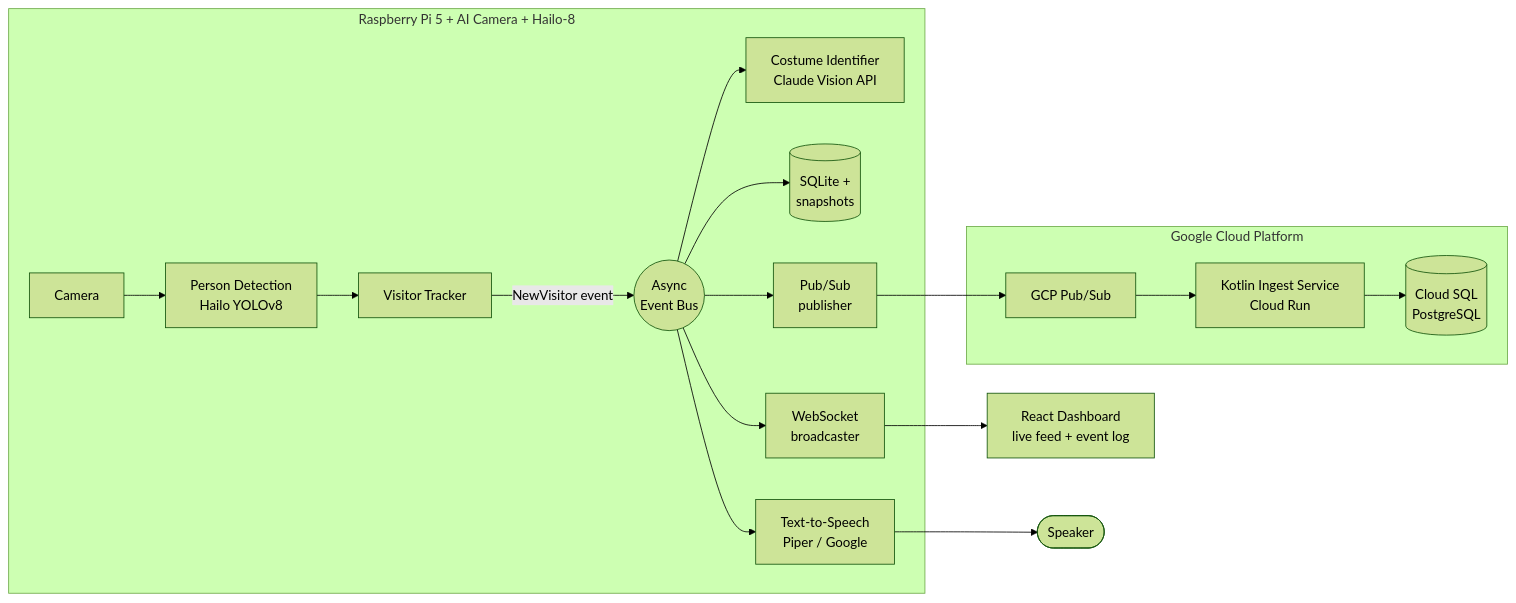
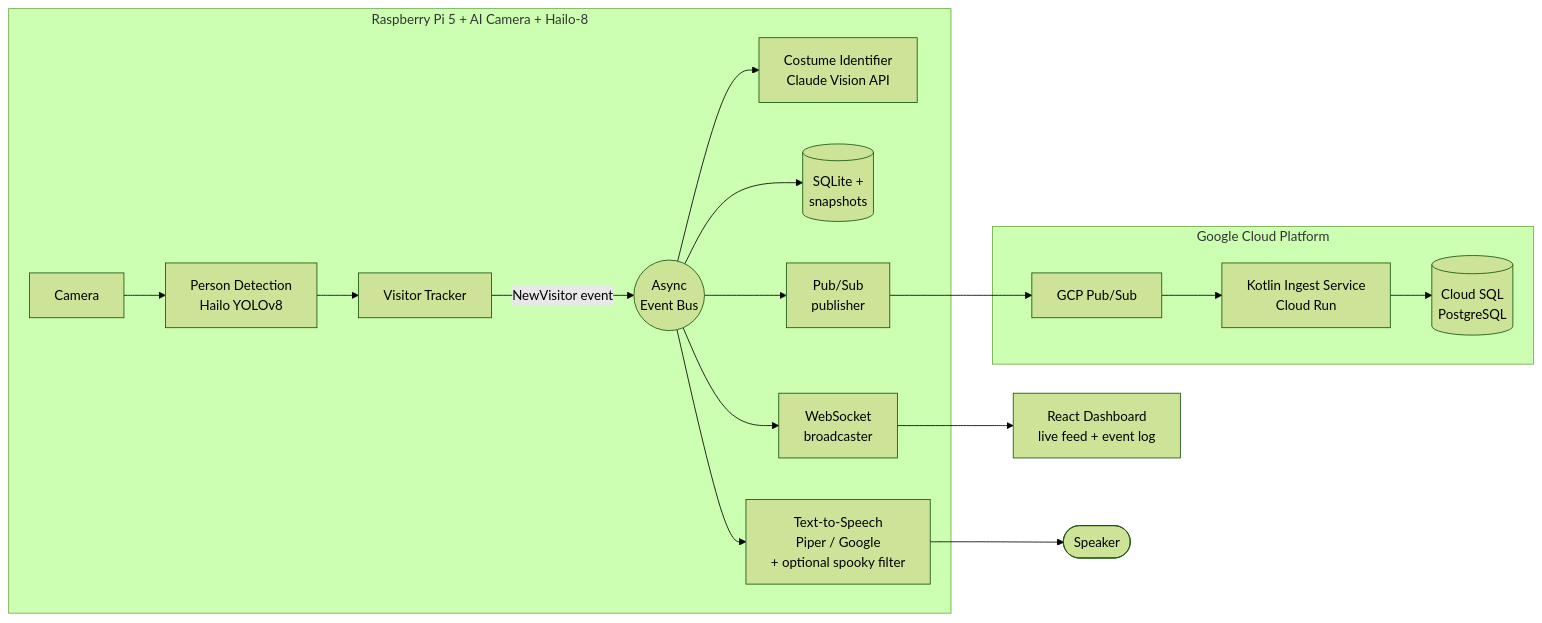
The diagram in README.md (rwaggoner/pi-costume-spotter), drawn with Mermaid (forest theme) before and after one commit. The commit also changed other lines of this file and 1 other file, not shown here.

First line of the commit message:
docs: refresh architecture + README for this session's design changes

````diff
--- a/README.md
+++ b/README.md
@@ -33,20 +35,20 @@
 ```mermaid
 flowchart LR
     subgraph Pi["Raspberry Pi 5 + AI Camera + Hailo-8"]
         CAM[Camera] --> DET[Person Detection<br/>Hailo YOLOv8]
         DET --> TRK[Visitor Tracker]
         TRK -- NewVisitor event --> BUS((Async<br/>Event Bus))
         BUS --> ID[Costume Identifier<br/>Claude Vision API]
         BUS --> DB[(SQLite +<br/>snapshots)]
-        BUS --> TTS[Text-to-Speech<br/>Piper / Google]
+        BUS --> TTS[Text-to-Speech<br/>Piper / Google<br/>+ optional spooky filter]
         BUS --> WS[WebSocket<br/>broadcaster]
         BUS --> PUB[Pub/Sub<br/>publisher]
     end
     WS --> UI[React Dashboard<br/>live feed + event log]
     TTS --> SPK([Speaker])
     PUB --> GCP_PS[GCP Pub/Sub]
     subgraph GCP["Google Cloud Platform"]
         GCP_PS --> RUN[Kotlin Ingest Service<br/>Cloud Run]
         RUN --> SQL[(Cloud SQL<br/>PostgreSQL)]
     end
 ```
````
